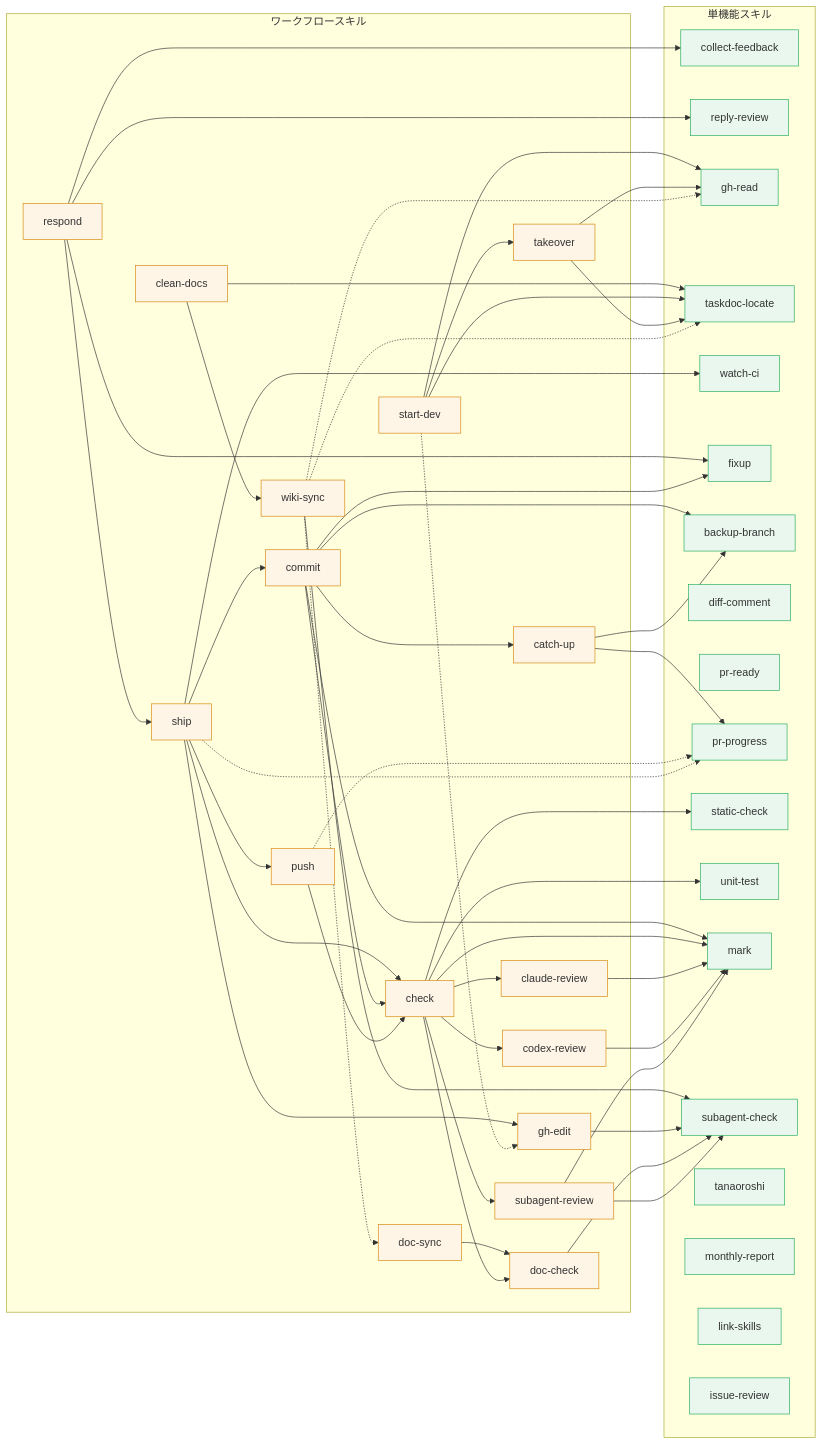
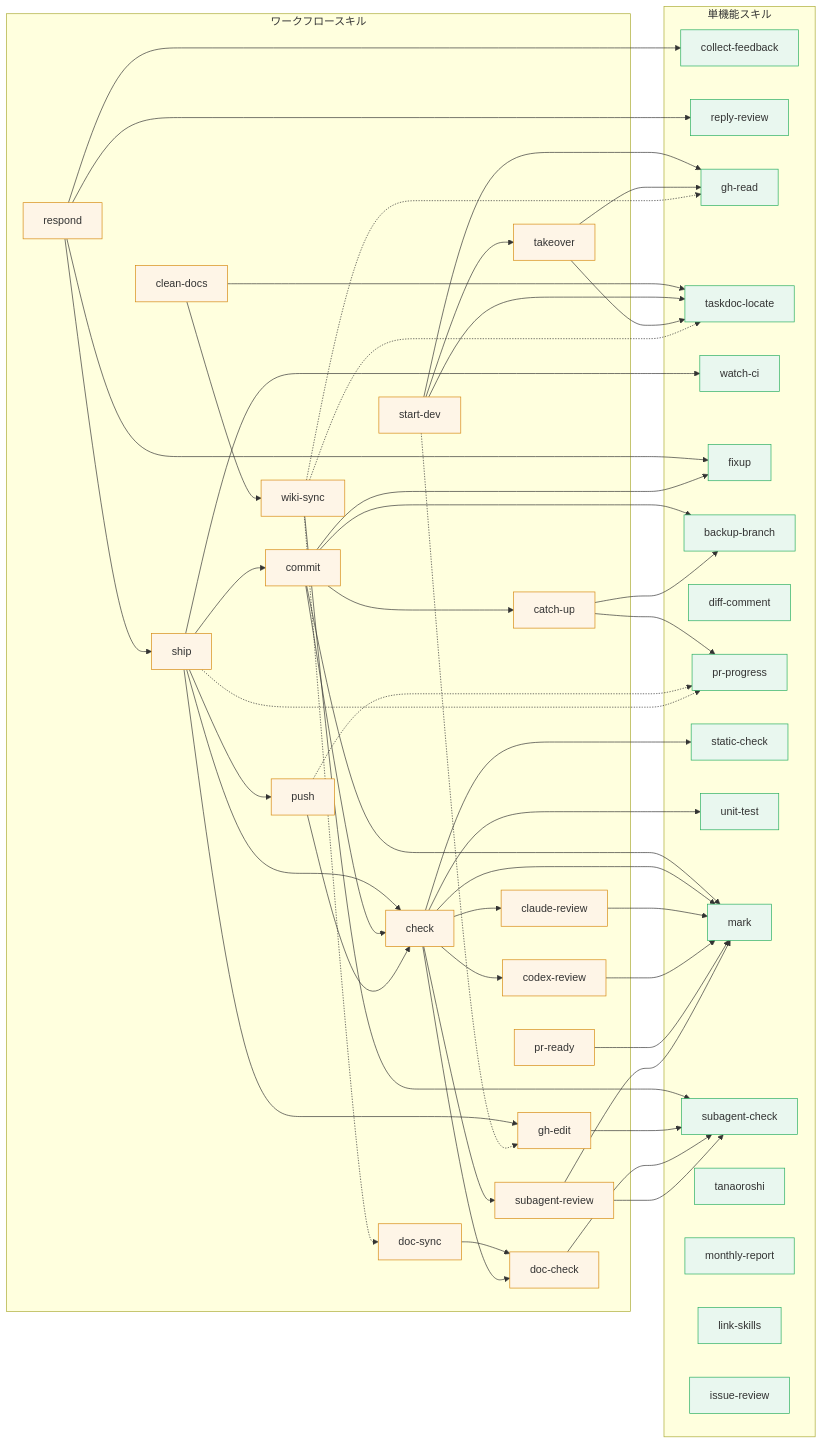
One commit to mistbind3u88/bonsai changed the second of 2 diagrams in README.md. Above: the diagram before and after it, drawn with Mermaid. The commit also changed 1 other file, not shown here.

Commit message:
docs: pr-ready をワークフロースキルに分類する

```diff
--- a/README.md
+++ b/README.md
@@ -116,6 +116,7 @@
         doc-check:::workflow
         claude-review:::workflow
         codex-review:::workflow
+        pr-ready:::workflow
         subagent-review:::workflow
     end
 
@@ -128,7 +129,6 @@
         fixup:::single
         backup-branch:::single
         diff-comment:::single
-        pr-ready:::single
         pr-progress:::single
         static-check:::single
         unit-test:::single
@@ -177,6 +177,7 @@
     doc-check --> subagent-check
     claude-review --> mark
     codex-review --> mark
+    pr-ready --> mark
     subagent-review --> subagent-check
     subagent-review --> mark
 
```
